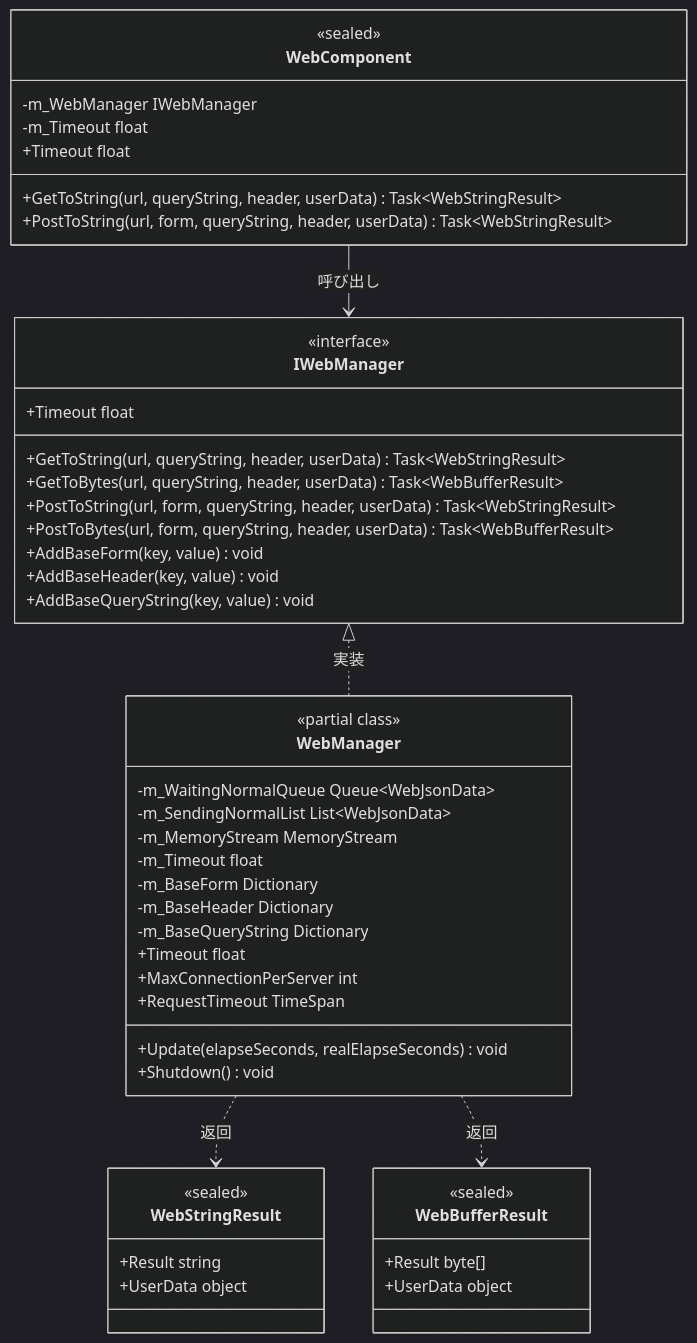
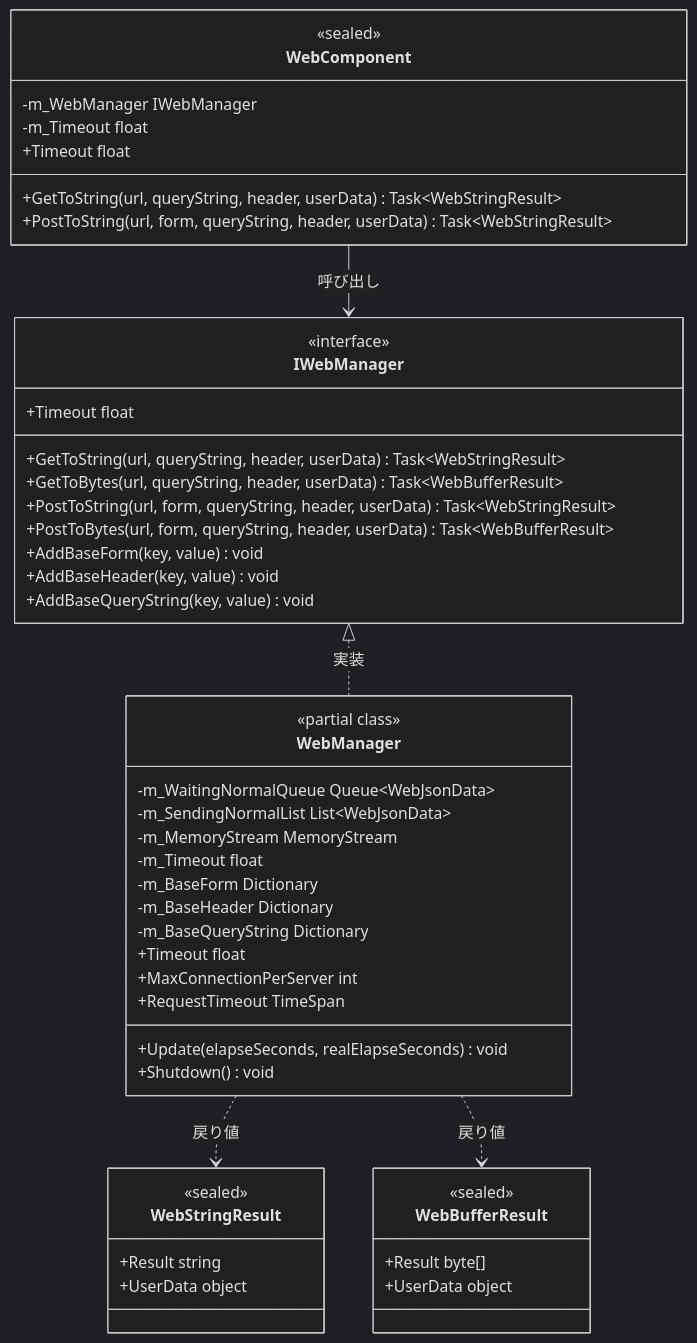
One commit to AlianBlank/GameFrameX.Docs changed the second of 3 diagrams in docs/ja/client/unity/component/web/01.overview.md. Above: the diagram before and after it, drawn with Mermaid (dark theme). The commit also changed other lines of this file and 320 other files, not shown here.

````diff
--- a/docs/ja/client/unity/component/web/01.overview.md
+++ b/docs/ja/client/unity/component/web/01.overview.md
@@ -86,56 +86,56 @@
 ```mermaid
 classDiagram
     class IWebManager {
         <<interface>>
         +GetToString(url, queryString, header, userData) Task~WebStringResult~
         +GetToBytes(url, queryString, header, userData) Task~WebBufferResult~
         +PostToString(url, form, queryString, header, userData) Task~WebStringResult~
         +PostToBytes(url, form, queryString, header, userData) Task~WebBufferResult~
         +Timeout float
         +AddBaseForm(key, value) void
         +AddBaseHeader(key, value) void
         +AddBaseQueryString(key, value) void
     }
 
     class WebManager {
         <<partial class>>
         -m_WaitingNormalQueue Queue~WebJsonData~
         -m_SendingNormalList List~WebJsonData~
         -m_MemoryStream MemoryStream
         -m_Timeout float
         -m_BaseForm Dictionary
         -m_BaseHeader Dictionary
         -m_BaseQueryString Dictionary
         +Timeout float
         +MaxConnectionPerServer int
         +RequestTimeout TimeSpan
         +Update(elapseSeconds, realElapseSeconds) void
         +Shutdown() void
     }
 
     class WebComponent {
         <<sealed>>
         -m_WebManager IWebManager
         -m_Timeout float
         +Timeout float
         +GetToString(url, queryString, header, userData) Task~WebStringResult~
         +PostToString(url, form, queryString, header, userData) Task~WebStringResult~
     }
 
     class WebStringResult {
         <<sealed>>
         +Result string
         +UserData object
     }
 
     class WebBufferResult {
         <<sealed>>
         +Result byte[]
         +UserData object
     }
 
     IWebManager <|.. WebManager : 実装
     WebComponent --> IWebManager : 呼び出し
-    WebManager ..> WebStringResult : 返回
-    WebManager ..> WebBufferResult : 返回
+    WebManager ..> WebStringResult : 戻り値
+    WebManager ..> WebBufferResult : 戻り値
 ```
````
